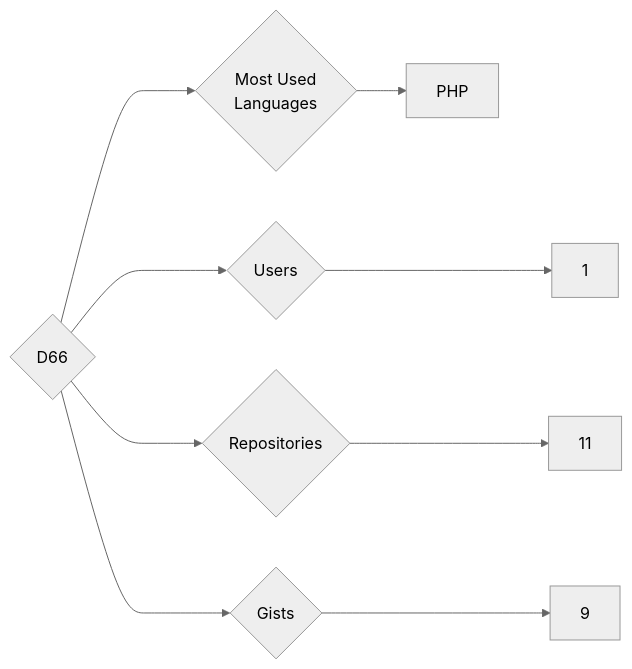
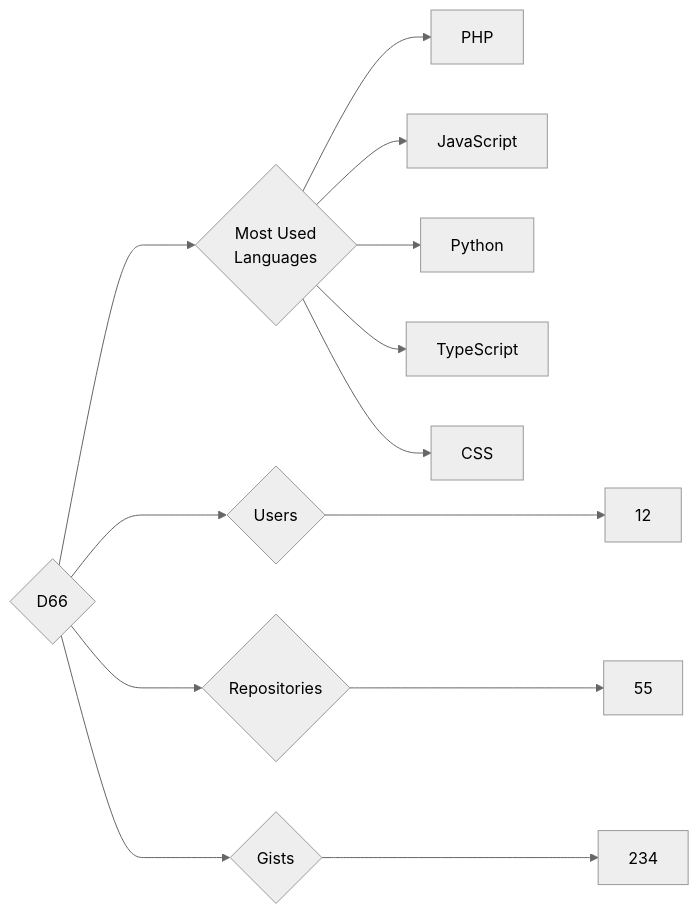
Before and after one commit to trickest/insiders: the diagram in targets/D66/README.md, drawn with Mermaid (neutral theme). The commit also changed 895 other files, not shown here.

````diff
--- a/targets/D66/README.md
+++ b/targets/D66/README.md
@@ -3,9 +3,13 @@
 ```mermaid
 graph LR
 COMPANY_NAME{D66}
-COMPANY_NAME ---> U{Users} ---> UN[1]
-COMPANY_NAME ---> R{Repositories} ---> RN[11]
-COMPANY_NAME ---> G{Gists} ---> GN[9]
+COMPANY_NAME ---> U{Users} ---> UN[12]
+COMPANY_NAME ---> R{Repositories} ---> RN[55]
+COMPANY_NAME ---> G{Gists} ---> GN[234]
 COMPANY_NAME ---> ML{Most Used<br>Languages}
 ML --> PHP[PHP]
+ML --> JavaScript[JavaScript]
+ML --> Python[Python]
+ML --> TypeScript[TypeScript]
+ML --> CSS[CSS]
 ```
````
